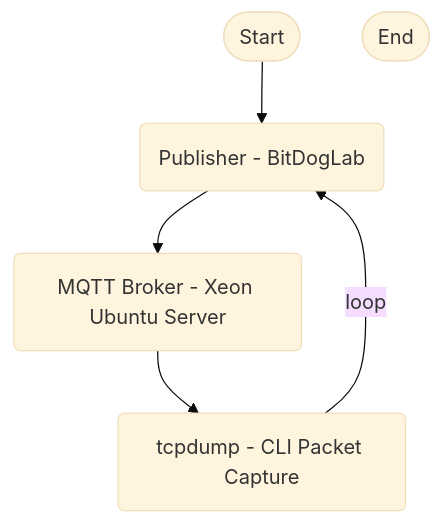
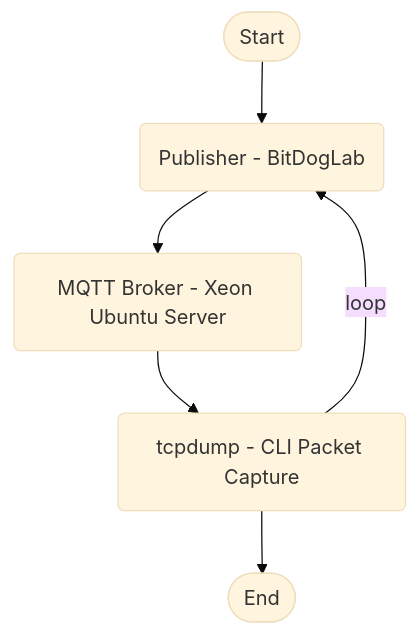
Before and after one commit to alfecjo/picodevfirmware: the diagram in project011/mqtt/README.md, drawn with Mermaid (base theme).

````diff
--- a/project011/mqtt/README.md
+++ b/project011/mqtt/README.md
@@ -18,12 +18,12 @@
 ```mermaid
 graph TD
 
     Start([Start])
     BitDogLab(Publisher - BitDogLab)
     Broker(MQTT Broker - Xeon Ubuntu Server)
     Tcpdump(tcpdump - CLI Packet Capture)
     End([End])
 
-    Start --> BitDogLab --> Broker --> Tcpdump
+    Start --> BitDogLab --> Broker --> Tcpdump -->  End([End])
     Tcpdump -->|loop| BitDogLab
 ```
````
